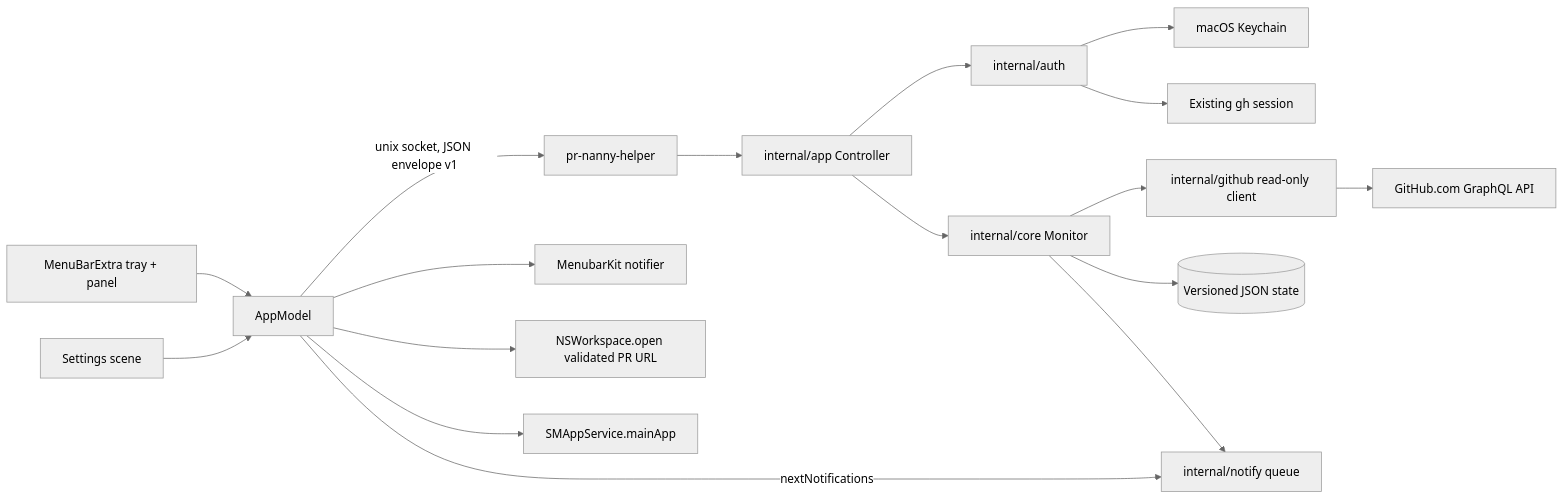
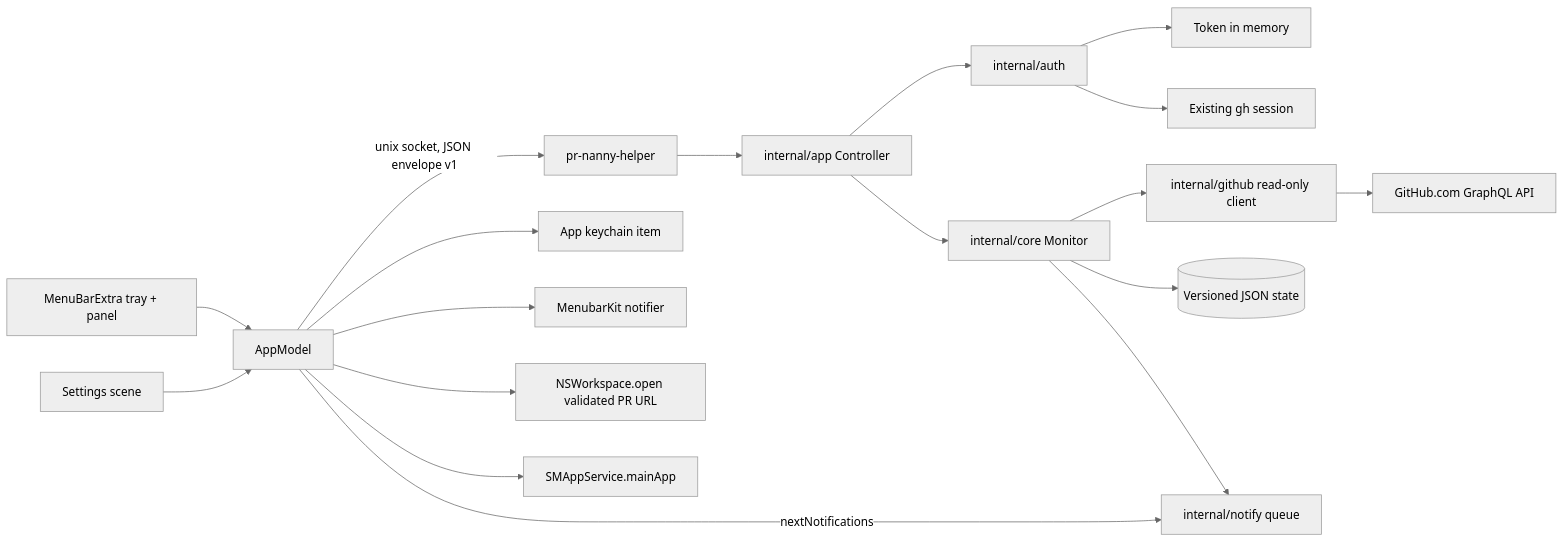
Before and after one commit to alexcatdad/pr-nanny: the diagram in ARCHITECTURE.md, drawn with Mermaid (neutral theme). The commit also changed other lines of this file and 30 other files, not shown here.

First line of the commit message:
Move the GitHub token into the app's keychain item (#45)

````diff
--- a/ARCHITECTURE.md
+++ b/ARCHITECTURE.md
@@ -19,19 +19,20 @@
 ```mermaid
 flowchart LR
   Tray[MenuBarExtra tray + panel] --> Model[AppModel]
   Settings[Settings scene] --> Model
   Model -->|unix socket, JSON envelope v1| Helper[pr-nanny-helper]
   Helper --> App[internal/app Controller]
   App --> Auth[internal/auth]
-  Auth --> Vault[macOS Keychain]
+  Model --> Vault[App keychain item]
+  Auth --> Memory[Token in memory]
   Auth --> GHCLI[Existing gh session]
   App --> Core[internal/core Monitor]
   Core --> API[internal/github read-only client]
   API --> GitHub[GitHub.com GraphQL API]
   Core --> State[(Versioned JSON state)]
   Core --> Queue[internal/notify queue]
   Model -->|nextNotifications| Queue
   Model --> Notifier[MenubarKit notifier]
   Model --> Browser[NSWorkspace.open validated PR URL]
   Model --> Login[SMAppService.mainApp]
 ```
````
